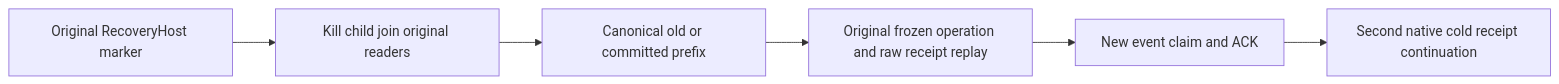
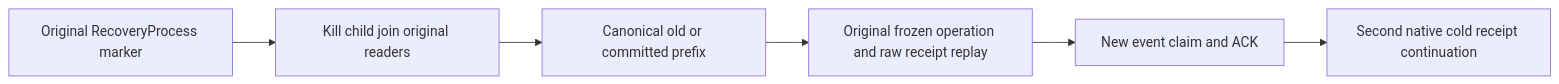
The diagram in docs/Features/Messaging/SubscriptionProcessingRecovery.md (managedcode/KeyLoad), drawn with Mermaid before and after one commit. The commit also changed other lines of this file and 640 other files, not shown here.

First line of the commit message:
Run recovery child processes from the existing test assembly

````diff
--- a/docs/Features/Messaging/SubscriptionProcessingRecovery.md
+++ b/docs/Features/Messaging/SubscriptionProcessingRecovery.md
@@ -11,8 +11,8 @@
 ```mermaid
 flowchart LR
-    Child[Original RecoveryHost marker] --> Join[Kill child join original readers]
+    Child[Original RecoveryProcess marker] --> Join[Kill child join original readers]
     Join --> Prefix[Canonical old or committed prefix]
     Prefix --> Retry[Original frozen operation and raw receipt replay]
     Retry --> Healthy[New event claim and ACK]
     Healthy --> Cold[Second native cold receipt continuation]
 ```
````
